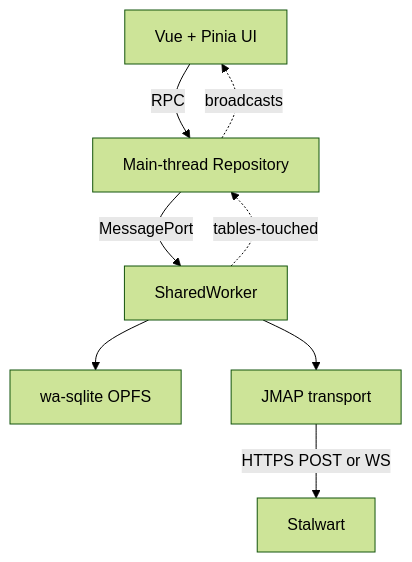
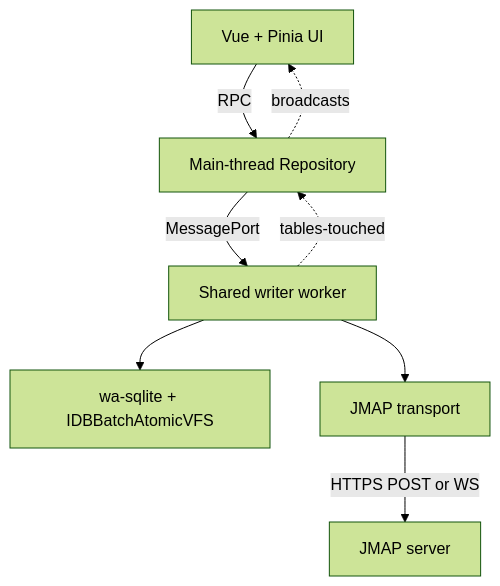
Before and after one commit to thunderbird/stormbox: the first of 2 diagrams in docs/architecture/performance.md, drawn with Mermaid (forest theme). The commit also changed other lines of this file and 6 other files, not shown here.

Commit message:
Reframe MVP spec and consolidate architectural rules.

````diff
--- a/docs/architecture/performance.md
+++ b/docs/architecture/performance.md
@@ -17,10 +16,10 @@
 ```mermaid
 flowchart TD
     UI[Vue + Pinia UI] -->|RPC| Repository[Main-thread Repository]
-    Repository -->|MessagePort| Worker[SharedWorker]
-    Worker --> Engine[wa-sqlite OPFS]
+    Repository -->|MessagePort| Worker[Shared writer worker]
+    Worker --> Engine[wa-sqlite + IDBBatchAtomicVFS]
     Worker --> JMAP[JMAP transport]
-    JMAP -->|HTTPS POST or WS| Server[Stalwart]
+    JMAP -->|HTTPS POST or WS| Server[JMAP server]
     Worker -.->|tables-touched| Repository
     Repository -.->|broadcasts| UI
 ```
````
